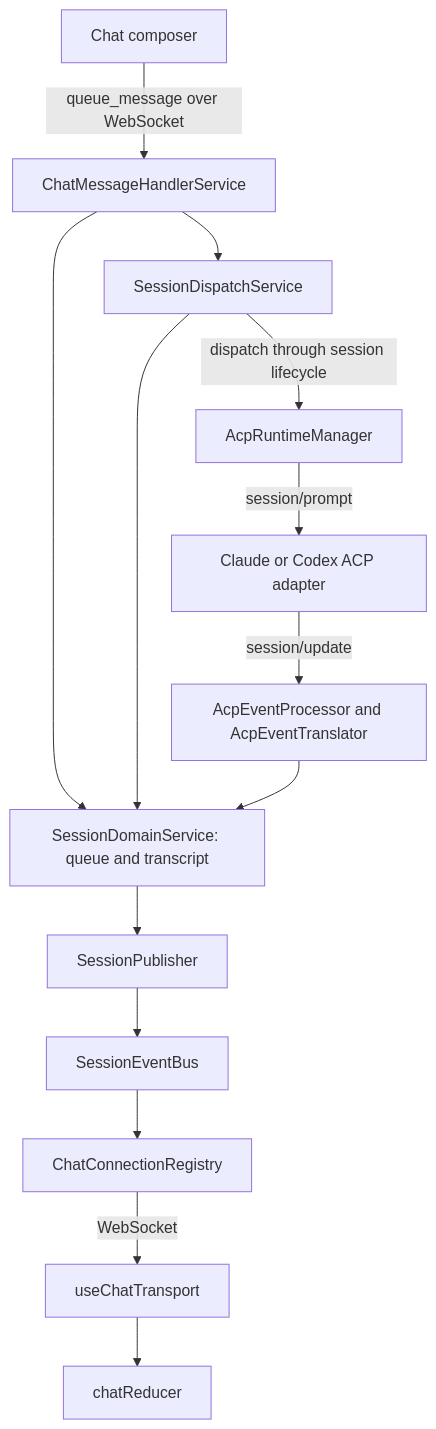
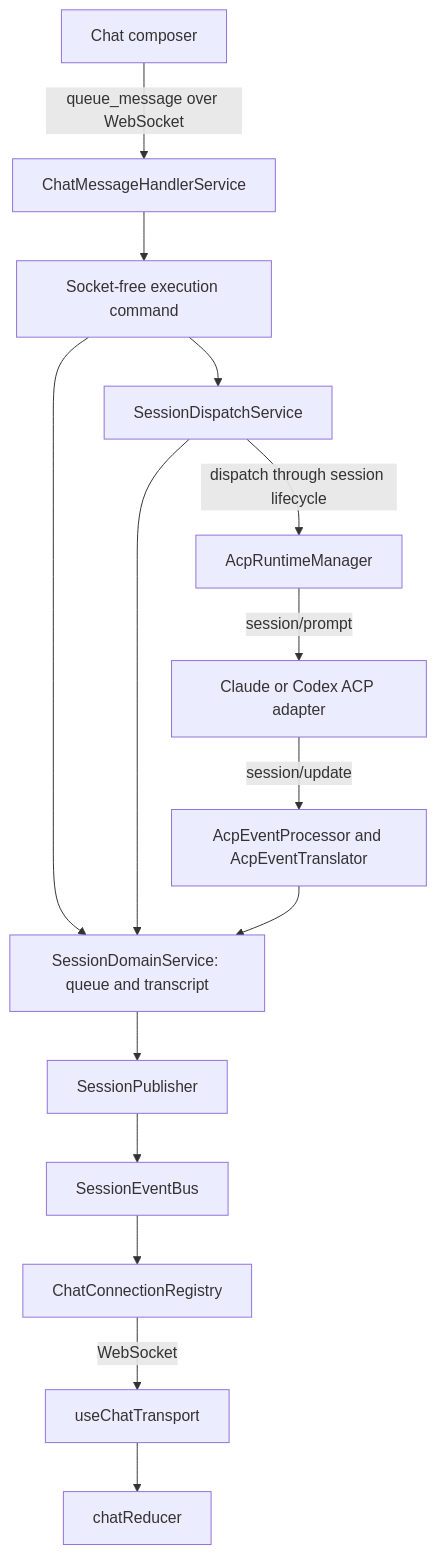
Before and after one commit to purplefish-ai/factory-factory: the diagram in docs/chat-message-flow.md, drawn with Mermaid. The commit also changed other lines of this file and 22 other files, not shown here.

First line of the commit message:
Separate queue and lifecycle commands from WebSocket delivery (#2560)

````diff
--- a/docs/chat-message-flow.md
+++ b/docs/chat-message-flow.md
@@ -9,16 +9,17 @@
 ```mermaid
 flowchart TD
     UI[Chat composer] -->|queue_message over WebSocket| Handler[ChatMessageHandlerService]
-    Handler --> Store[SessionDomainService: queue and transcript]
-    Handler --> Dispatcher[SessionDispatchService]
+    Handler --> Command[Socket-free execution command]
+    Command --> Store[SessionDomainService: queue and transcript]
+    Command --> Dispatcher[SessionDispatchService]
     Dispatcher --> Store
     Dispatcher -->|dispatch through session lifecycle| Runtime[AcpRuntimeManager]
     Runtime -->|session/prompt| Provider[Claude or Codex ACP adapter]
     Provider -->|session/update| Processor[AcpEventProcessor and AcpEventTranslator]
     Processor --> Store
     Store --> Publisher[SessionPublisher]
     Publisher --> Bus[SessionEventBus]
     Bus --> Registry[ChatConnectionRegistry]
     Registry -->|WebSocket| Transport[useChatTransport]
     Transport --> Reducer[chatReducer]
 ```
````
